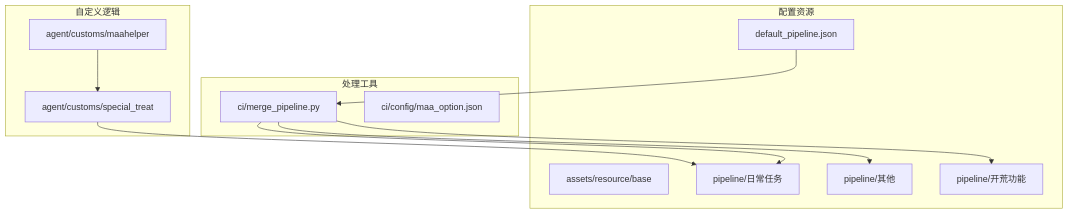
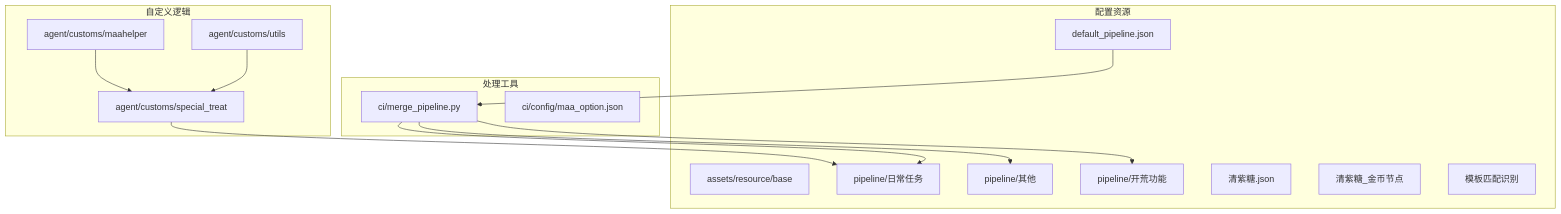
One commit to kqcoxn/MaaDuDuL changed the first of 9 diagrams in .qoder/repowiki/zh/content/资源与配置管理/任务流水线配置/任务流水线配置结构/任务流水线配置结构.md. Above: the diagram before and after it, drawn with Mermaid. The commit also changed other lines of this file and 18 other files, not shown here.

````diff
--- a/.qoder/repowiki/zh/content/资源与配置管理/任务流水线配置/任务流水线配置结构/任务流水线配置结构.md
+++ b/.qoder/repowiki/zh/content/资源与配置管理/任务流水线配置/任务流水线配置结构/任务流水线配置结构.md
@@ -32,24 +42,29 @@
 ```mermaid
 graph TB
 subgraph "配置资源"
 A[assets/resource/base]
 B[default_pipeline.json]
 C[pipeline/日常任务]
 D[pipeline/其他]
 E[pipeline/开荒功能]
+F[清紫糖.json]
+G[清紫糖_金币节点]
+H[模板匹配识别]
 end
 subgraph "处理工具"
-F[ci/merge_pipeline.py]
-G[ci/config/maa_option.json]
+I[ci/merge_pipeline.py]
+J[ci/config/maa_option.json]
 end
 subgraph "自定义逻辑"
-H[agent/customs/special_treat]
-I[agent/customs/maahelper]
+K[agent/customs/special_treat]
+L[agent/customs/maahelper]
+M[agent/customs/utils]
 end
-F --> C
-F --> D
-F --> E
-B --> F
-H --> C
-I --> H
+I --> C
+I --> D
+I --> E
+B --> I
+K --> C
+L --> K
+M --> K
 ```
````
